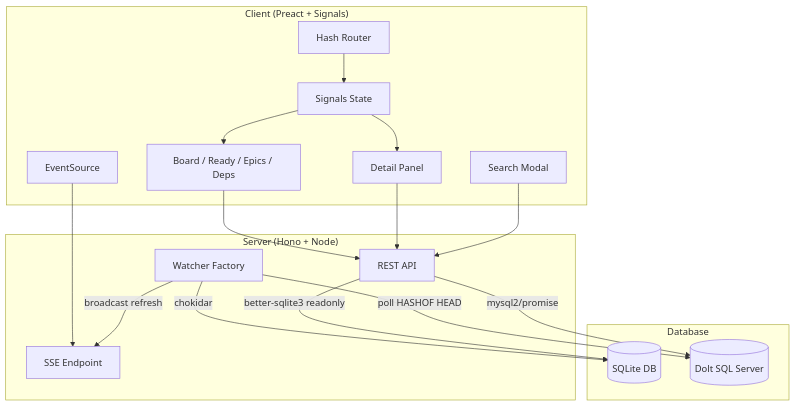
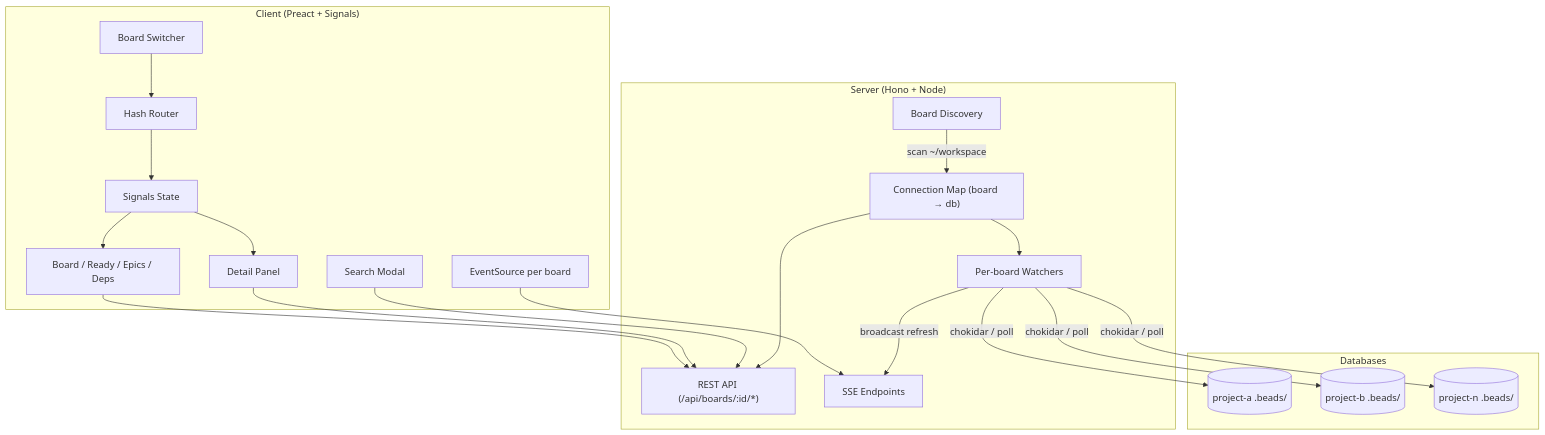
One commit to Applicative-Works/bd-eye changed the diagram in README.md. Above: the diagram before and after it, drawn with Mermaid. The commit also changed other lines of this file and 20 other files, not shown here.

First line of the commit message:
Add multi-board navigation with project auto-discovery

````diff
--- a/README.md
+++ b/README.md
@@ -86,35 +116,42 @@
 ```mermaid
 graph TD
     subgraph Client ["Client (Preact + Signals)"]
         Router[Hash Router]
         State[Signals State]
+        BoardSwitcher[Board Switcher]
         Views[Board / Ready / Epics / Deps]
         Detail[Detail Panel]
         Search[Search Modal]
-        SSE[EventSource]
+        SSE[EventSource per board]
     end
 
     subgraph Server ["Server (Hono + Node)"]
-        API[REST API]
-        Stream[SSE Endpoint]
-        Watcher[Watcher Factory]
+        Discovery[Board Discovery]
+        ConnMap["Connection Map (board → db)"]
+        API["REST API (/api/boards/:id/*)"]
+        Stream[SSE Endpoints]
+        Watchers[Per-board Watchers]
     end
 
-    subgraph Database
-        SQLite[(SQLite DB)]
-        Dolt[(Dolt SQL Server)]
+    subgraph Databases
+        DB1[(project-a .beads/)]
+        DB2[(project-b .beads/)]
+        DBn[(project-n .beads/)]
     end
 
+    Discovery -->|scan ~/workspace| ConnMap
     Router --> State
+    BoardSwitcher --> Router
     State --> Views
     State --> Detail
     Views --> API
     Detail --> API
     Search --> API
     SSE --> Stream
-    Watcher -->|chokidar| SQLite
-    Watcher -->|poll HASHOF HEAD| Dolt
-    Watcher -->|broadcast refresh| Stream
-    API -->|better-sqlite3 readonly| SQLite
-    API -->|mysql2/promise| Dolt
+    ConnMap --> API
+    ConnMap --> Watchers
+    Watchers -->|chokidar / poll| DB1
+    Watchers -->|chokidar / poll| DB2
+    Watchers -->|chokidar / poll| DBn
+    Watchers -->|broadcast refresh| Stream
 ```
````
